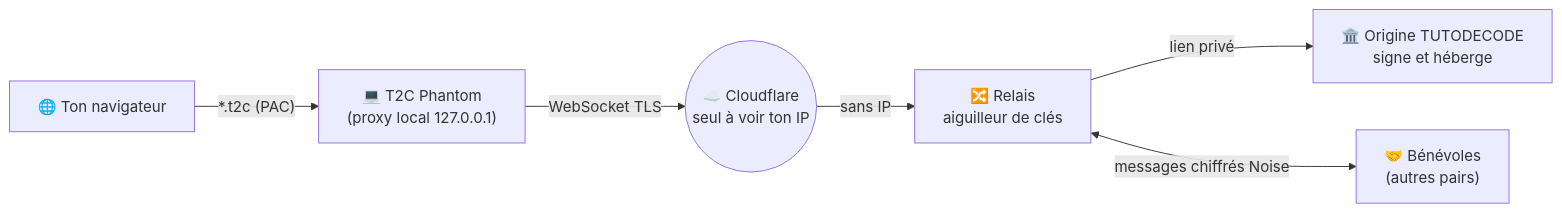
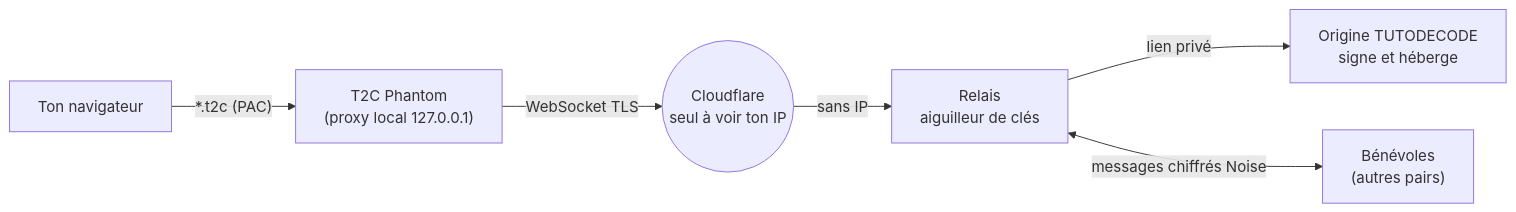
The diagram in docs/FONCTIONNEMENT.md (TUTODECODE-FR/T2C-Phantom), drawn with Mermaid before and after one commit. The commit also changed 8 other files, not shown here.

````diff
--- a/docs/FONCTIONNEMENT.md
+++ b/docs/FONCTIONNEMENT.md
@@ -5,8 +5,8 @@
 ```mermaid
 flowchart LR
-    B["🌐 Ton navigateur"] -->|"*.t2c (PAC)"| P["💻 T2C Phantom<br>(proxy local 127.0.0.1)"]
-    P -->|"WebSocket TLS"| CF(("☁️ Cloudflare<br>seul à voir ton IP"))
-    CF -->|"sans IP"| R["🔀 Relais<br>aiguilleur de clés"]
-    R -->|"lien privé"| O["🏛️ Origine TUTODECODE<br>signe et héberge"]
-    R <-->|"messages chiffrés Noise"| V["🤝 Bénévoles<br>(autres pairs)"]
+    B["Ton navigateur"] -->|"*.t2c (PAC)"| P["T2C Phantom<br>(proxy local 127.0.0.1)"]
+    P -->|"WebSocket TLS"| CF(("Cloudflare<br>seul à voir ton IP"))
+    CF -->|"sans IP"| R["Relais<br>aiguilleur de clés"]
+    R -->|"lien privé"| O["Origine TUTODECODE<br>signe et héberge"]
+    R <-->|"messages chiffrés Noise"| V["Bénévoles<br>(autres pairs)"]
 ```
````
